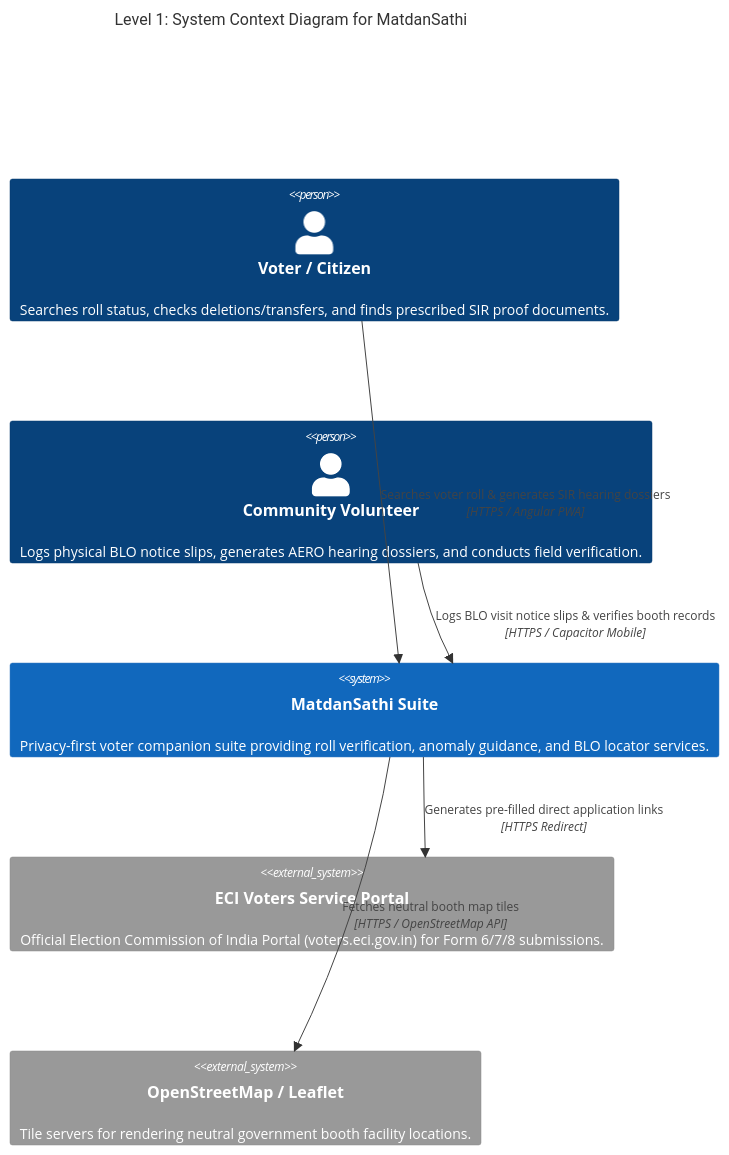
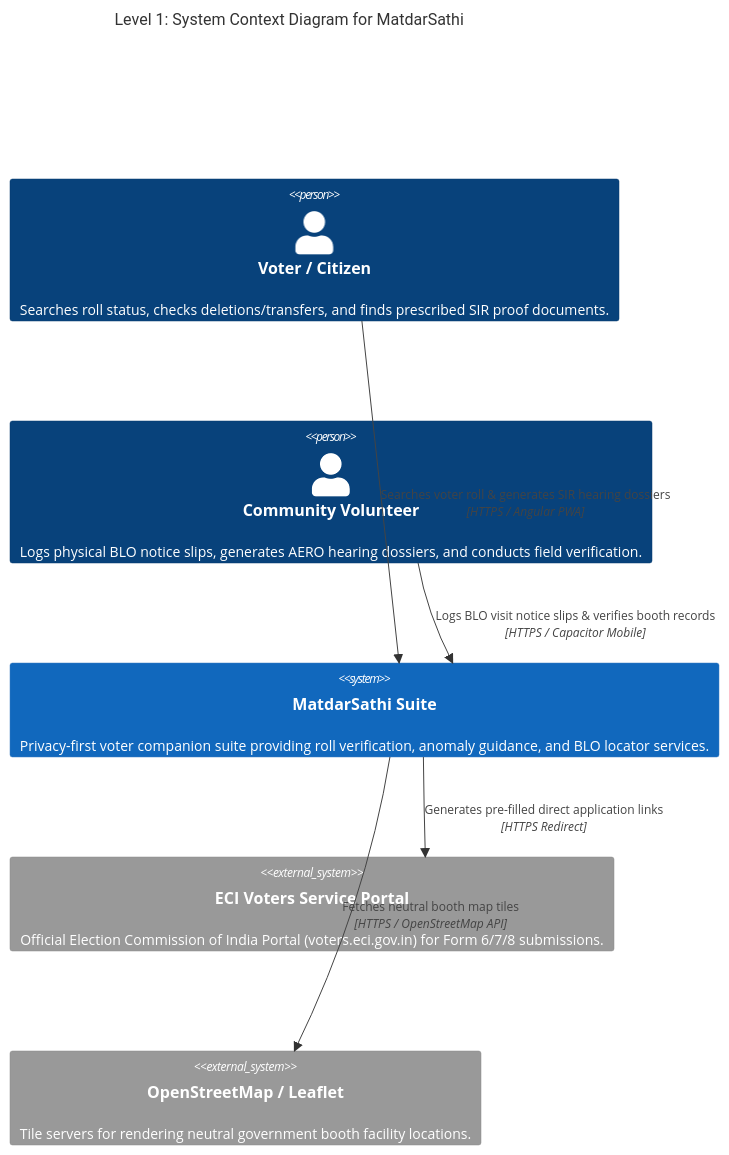
One commit to nparvezten/MatdanSathi changed the first of 5 diagrams in docs/architecture/ARCHITECTURE.md. Above: the diagram before and after it, drawn with Mermaid. The commit also changed other lines of this file and 70 other files, not shown here.

Commit message:
refactor(rebrand): complete rename from MatdanSathi to MatdarSathi across solution, assemblies, and namespaces

````diff
--- a/docs/architecture/ARCHITECTURE.md
+++ b/docs/architecture/ARCHITECTURE.md
@@ -54,17 +54,17 @@
 ```mermaid
 C4Context
-    title Level 1: System Context Diagram for MatdanSathi
+    title Level 1: System Context Diagram for MatdarSathi
 
     Person(citizen, "Voter / Citizen", "Searches roll status, checks deletions/transfers, and finds prescribed SIR proof documents.")
     Person(volunteer, "Community Volunteer", "Logs physical BLO notice slips, generates AERO hearing dossiers, and conducts field verification.")
 
-    System(matdansathi, "MatdanSathi Suite", "Privacy-first voter companion suite providing roll verification, anomaly guidance, and BLO locator services.")
+    System(matdarsathi, "MatdarSathi Suite", "Privacy-first voter companion suite providing roll verification, anomaly guidance, and BLO locator services.")
 
     System_Ext(eci, "ECI Voters Service Portal", "Official Election Commission of India Portal (voters.eci.gov.in) for Form 6/7/8 submissions.")
     System_Ext(maps, "OpenStreetMap / Leaflet", "Tile servers for rendering neutral government booth facility locations.")
 
-    Rel(citizen, matdansathi, "Searches voter roll & generates SIR hearing dossiers", "HTTPS / Angular PWA")
-    Rel(volunteer, matdansathi, "Logs BLO visit notice slips & verifies booth records", "HTTPS / Capacitor Mobile")
-    Rel(matdansathi, eci, "Generates pre-filled direct application links", "HTTPS Redirect")
-    Rel(matdansathi, maps, "Fetches neutral booth map tiles", "HTTPS / OpenStreetMap API")
+    Rel(citizen, matdarsathi, "Searches voter roll & generates SIR hearing dossiers", "HTTPS / Angular PWA")
+    Rel(volunteer, matdarsathi, "Logs BLO visit notice slips & verifies booth records", "HTTPS / Capacitor Mobile")
+    Rel(matdarsathi, eci, "Generates pre-filled direct application links", "HTTPS Redirect")
+    Rel(matdarsathi, maps, "Fetches neutral booth map tiles", "HTTPS / OpenStreetMap API")
 ```
````
